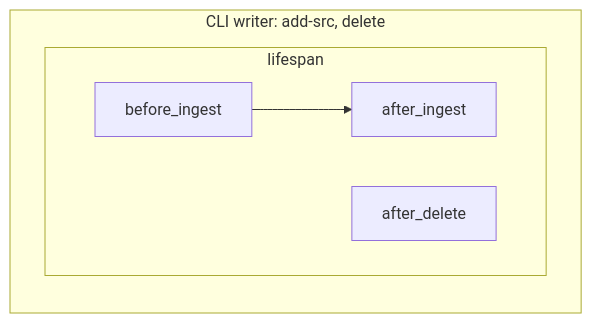
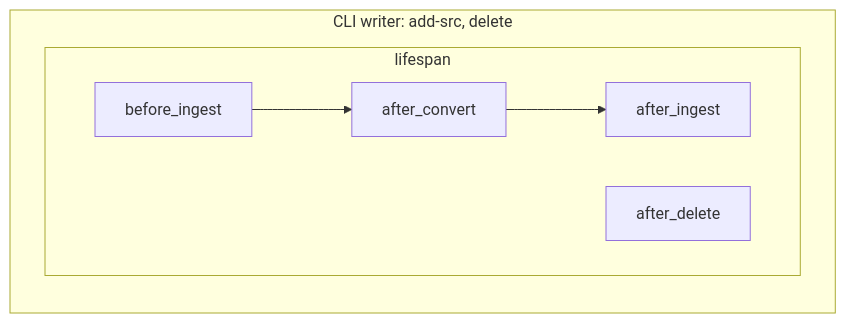
The second of 3 diagrams in docs/hooks.md (ggozad/haiku.rag), drawn with Mermaid before and after one commit. The commit also changed other lines of this file and 12 other files, not shown here.

First line of the commit message:
Add an after_convert hook point

````diff
--- a/docs/hooks.md
+++ b/docs/hooks.md
@@ -41,9 +42,9 @@
 ```mermaid
 flowchart LR
     subgraph writer["CLI writer: add-src, delete"]
         subgraph l2["lifespan"]
-            bi2[before_ingest] --> ai2[after_ingest]
+            bi2[before_ingest] --> ac2[after_convert] --> ai2[after_ingest]
             ad2[after_delete]
         end
     end
 ```
````
